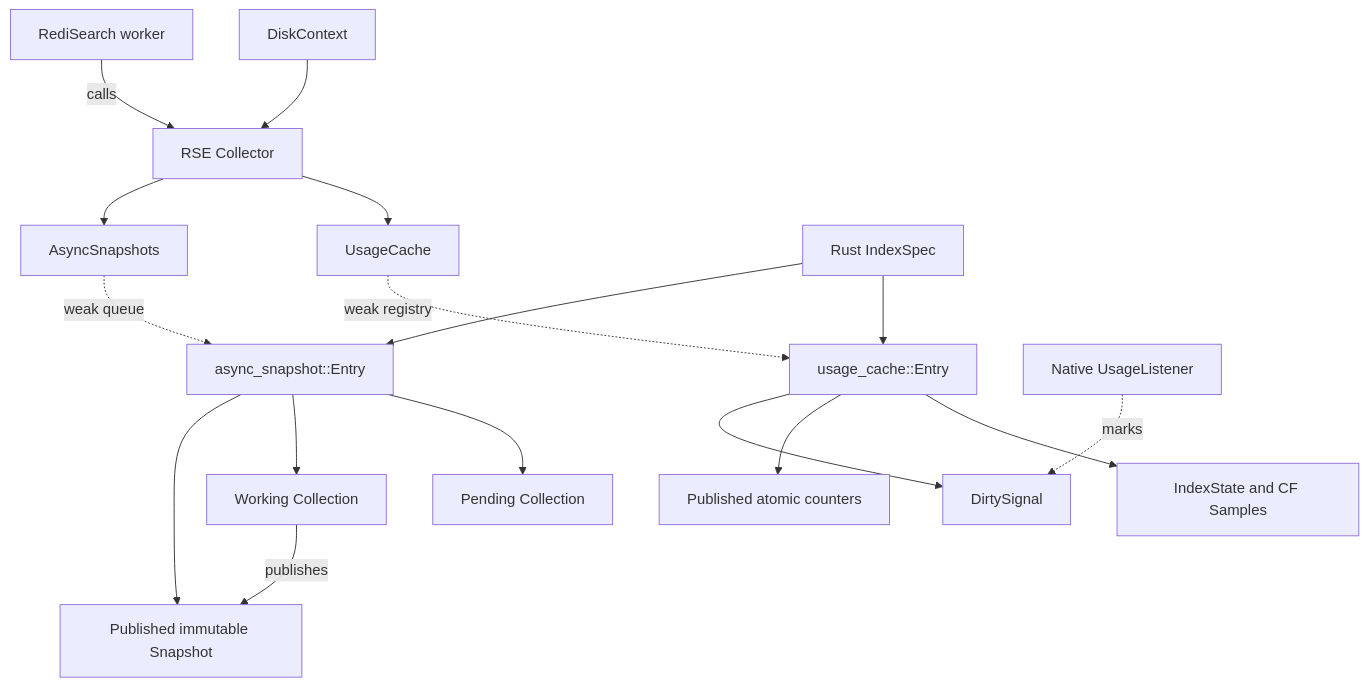
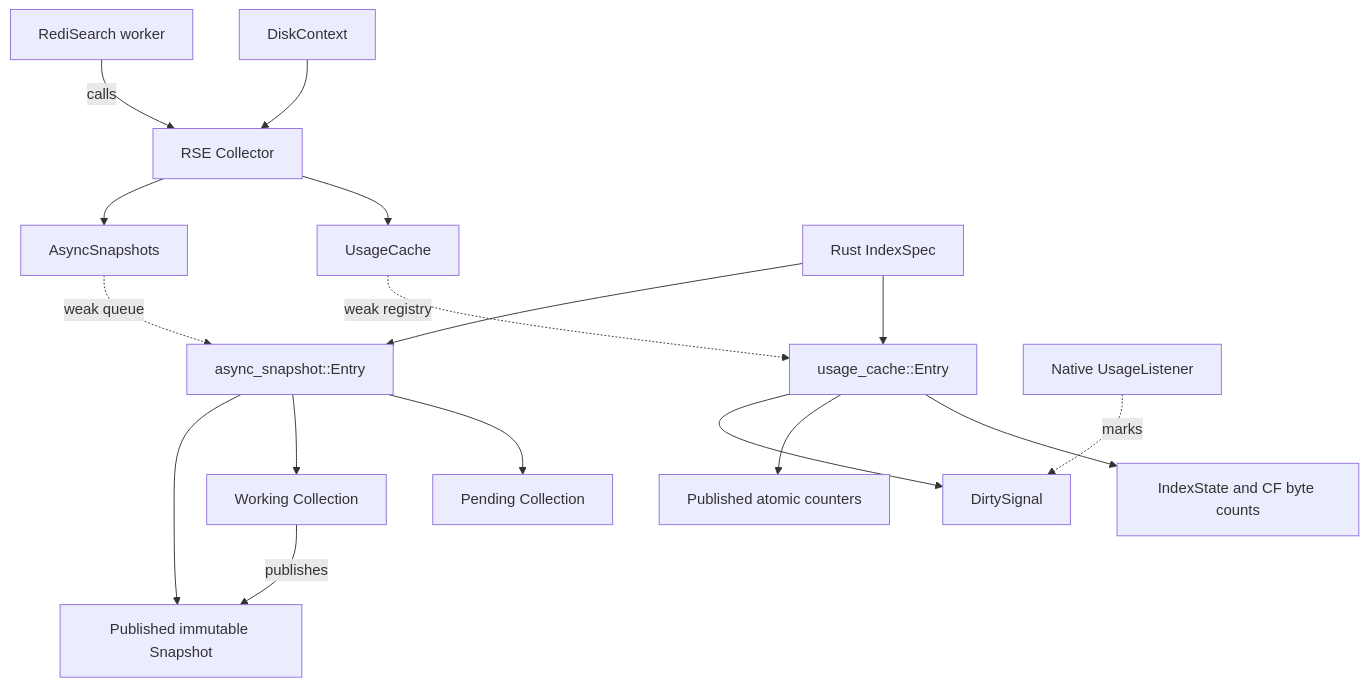
One commit to RediSearch/RediSearch changed the diagram in docs/design/mod-18033-search-only-cache.md. Above: the diagram before and after it, drawn with Mermaid. The commit also changed other lines of this file, not shown here.

````diff
--- a/docs/design/mod-18033-search-only-cache.md
+++ b/docs/design/mod-18033-search-only-cache.md
@@ -95,19 +94,19 @@
 ```mermaid
 flowchart TD
     Context[DiskContext] --> Collector[RSE Collector]
     Worker[RediSearch worker] -->|calls| Collector
     Collector --> Usage[UsageCache]
     Collector --> Diagnostics[AsyncSnapshots]
     Index[Rust IndexSpec] --> UE[usage_cache::Entry]
     Index --> DE[async_snapshot::Entry]
     Usage -. weak registry .-> UE
     Diagnostics -. weak queue .-> DE
-    UE --> State[IndexState and CF Samples]
+    UE --> State[IndexState and CF byte counts]
     UE --> Counters[Published atomic counters]
     DE --> Pending[Pending Collection]
     DE --> Working[Working Collection]
     DE --> Published[Published immutable Snapshot]
     Working -->|publishes| Published
     Listener[Native UsageListener] -. marks .-> Signal[DirtySignal]
     UE --> Signal
 ```
````
